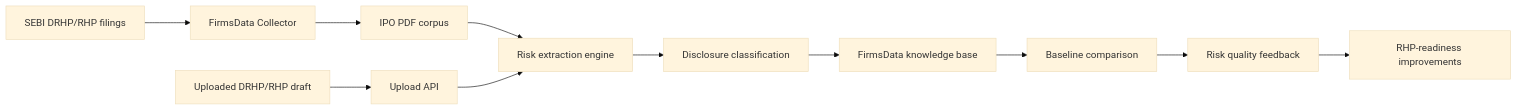
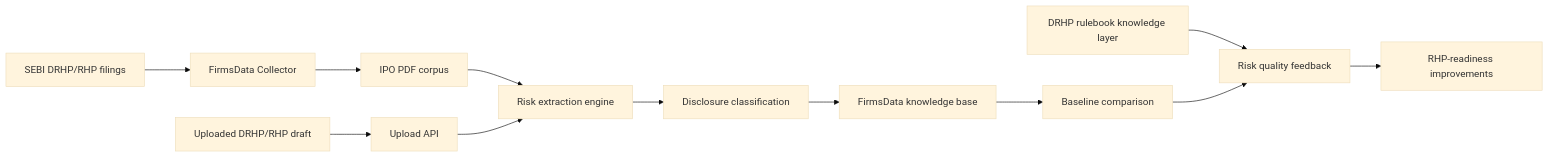
Before and after one commit to firmsdata/poc-lab: the diagram in risk-analyzer/README.md, drawn with Mermaid (base theme). The commit also changed other lines of this file and 7 other files, not shown here.

Commit message:
added rulebook in risk-analyzer

````diff
--- a/risk-analyzer/README.md
+++ b/risk-analyzer/README.md
@@ -43,13 +44,14 @@
 ```mermaid
 flowchart LR
     A["SEBI DRHP/RHP filings"] --> B["FirmsData Collector"]
     B --> C["IPO PDF corpus"]
     C --> D["Risk extraction engine"]
     D --> E["Disclosure classification"]
     E --> F["FirmsData knowledge base"]
     G["Uploaded DRHP/RHP draft"] --> H["Upload API"]
     H --> D
     F --> I["Baseline comparison"]
-    I --> J["Risk quality feedback"]
+    L["DRHP rulebook knowledge layer"] --> J["Risk quality feedback"]
+    I --> J
     J --> K["RHP-readiness improvements"]
 ```
````
